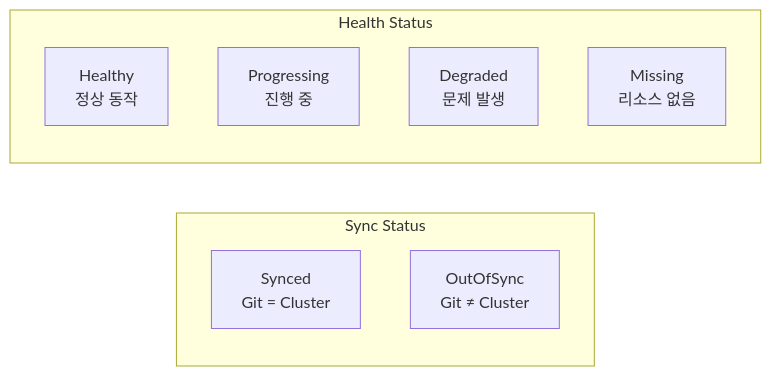
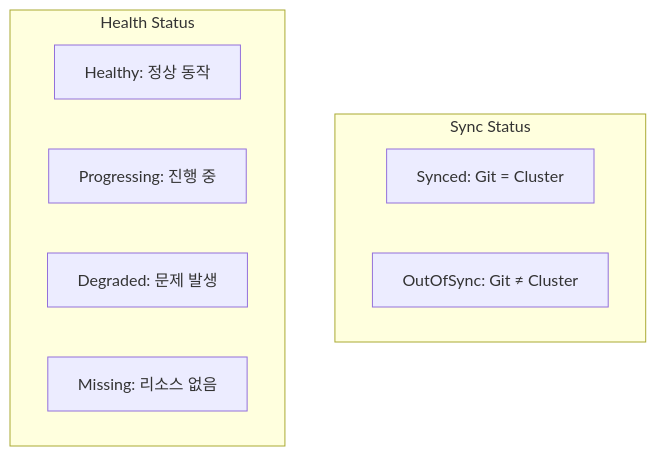
Before and after one commit to K-Diger/k-diger.github.io: the sixth of 12 diagrams in _posts/2026-01-14-kubernetes-24-argocd.md, drawn with Mermaid. The commit also changed other lines of this file and 13 other files, not shown here.

````diff
--- a/_posts/2026-01-14-kubernetes-24-argocd.md
+++ b/_posts/2026-01-14-kubernetes-24-argocd.md
@@ -306,14 +312,14 @@
 ```mermaid
-flowchart LR
-    subgraph "Sync Status"
-        SYNCED[Synced<br/>Git = Cluster]
-        OUTOFSYNC[OutOfSync<br/>Git ≠ Cluster]
+flowchart TB
+    subgraph sync["Sync Status"]
+        SYNCED[Synced: Git = Cluster]
+        OUTOFSYNC[OutOfSync: Git ≠ Cluster]
     end
 
-    subgraph "Health Status"
-        HEALTHY[Healthy<br/>정상 동작]
-        PROGRESSING[Progressing<br/>진행 중]
-        DEGRADED[Degraded<br/>문제 발생]
-        MISSING[Missing<br/>리소스 없음]
+    subgraph health["Health Status"]
+        HEALTHY[Healthy: 정상 동작]
+        PROGRESSING[Progressing: 진행 중]
+        DEGRADED[Degraded: 문제 발생]
+        MISSING[Missing: 리소스 없음]
     end
 ```
````
